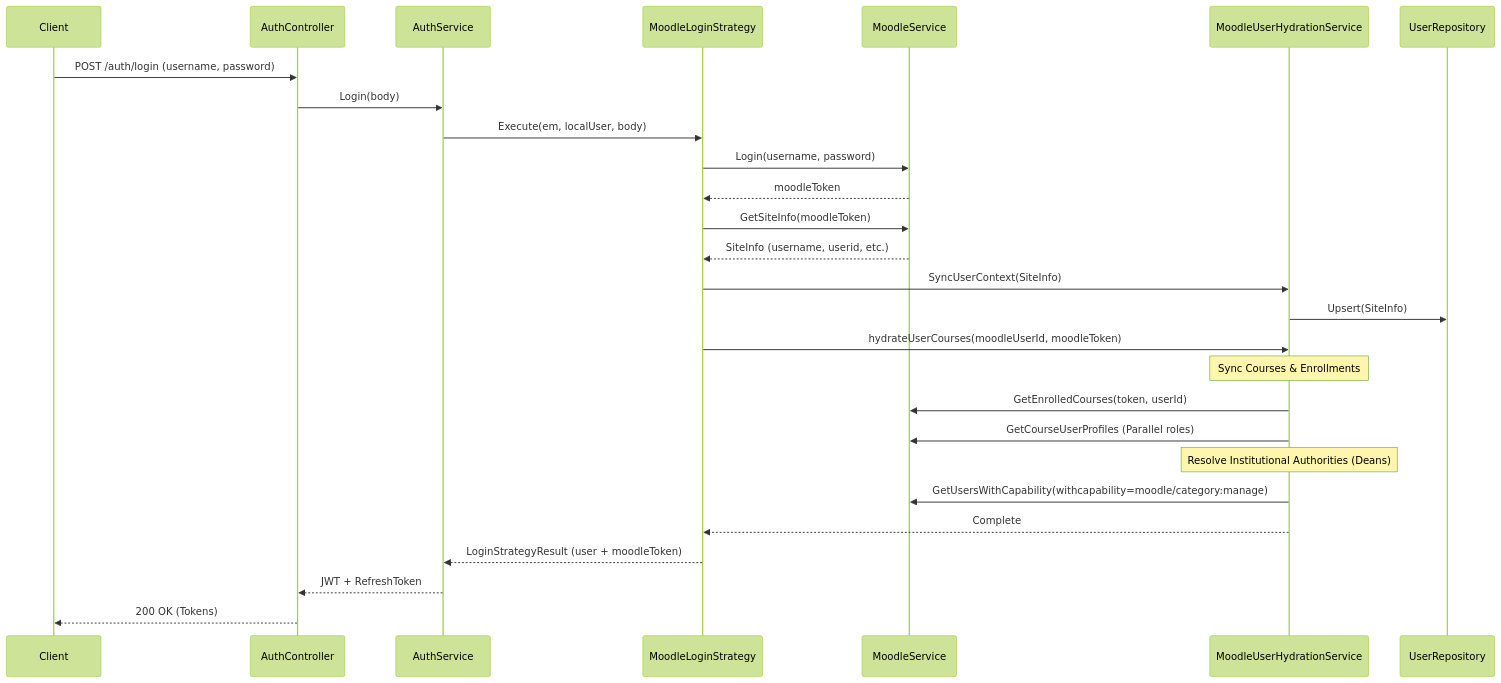
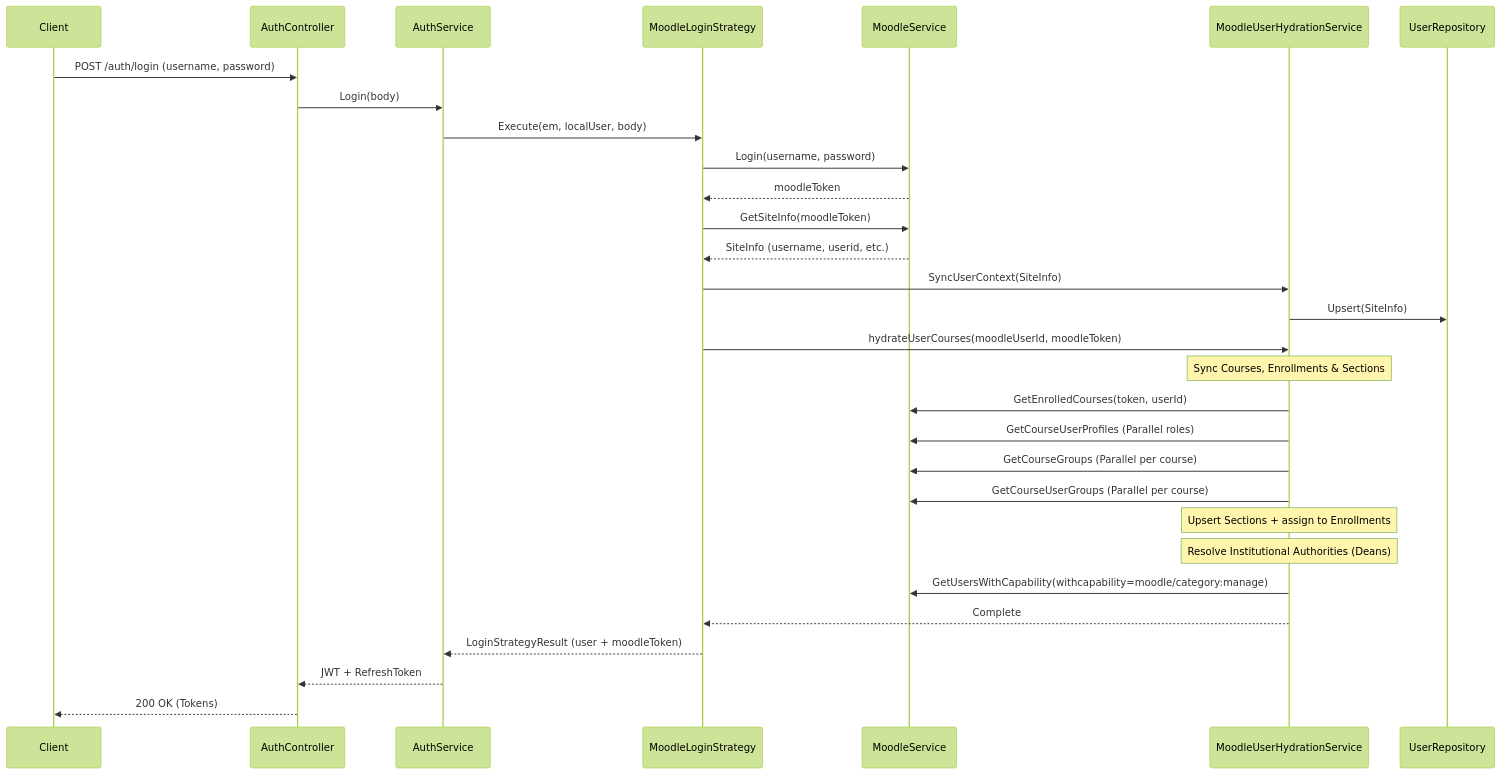
The second of 2 diagrams in docs/workflows/auth-hydration.md (CtrlAltElite-Devs/api.faculytics), drawn with Mermaid (forest theme) before and after one commit. The commit also changed 22 other files, not shown here.

First line of the commit message:
FAC-69 feat: integrate Moodle groups as institutional sections

````diff
--- a/docs/workflows/auth-hydration.md
+++ b/docs/workflows/auth-hydration.md
@@ -35,33 +35,37 @@
 ```mermaid
 sequenceDiagram
     participant Client
     participant AuthController
     participant AuthService
     participant MoodleLoginStrategy
     participant MoodleService
     participant MoodleUserHydrationService
     participant UserRepository
 
     Client->>AuthController: POST /auth/login (username, password)
     AuthController->>AuthService: Login(body)
     AuthService->>MoodleLoginStrategy: Execute(em, localUser, body)
     MoodleLoginStrategy->>MoodleService: Login(username, password)
     MoodleService-->>MoodleLoginStrategy: moodleToken
     MoodleLoginStrategy->>MoodleService: GetSiteInfo(moodleToken)
     MoodleService-->>MoodleLoginStrategy: SiteInfo (username, userid, etc.)
     MoodleLoginStrategy->>MoodleUserHydrationService: SyncUserContext(SiteInfo)
     MoodleUserHydrationService->>UserRepository: Upsert(SiteInfo)
     MoodleLoginStrategy->>MoodleUserHydrationService: hydrateUserCourses(moodleUserId, moodleToken)
 
-    Note over MoodleUserHydrationService: Sync Courses & Enrollments
+    Note over MoodleUserHydrationService: Sync Courses, Enrollments & Sections
     MoodleUserHydrationService->>MoodleService: GetEnrolledCourses(token, userId)
     MoodleUserHydrationService->>MoodleService: GetCourseUserProfiles (Parallel roles)
+    MoodleUserHydrationService->>MoodleService: GetCourseGroups (Parallel per course)
+    MoodleUserHydrationService->>MoodleService: GetCourseUserGroups (Parallel per course)
+
+    Note over MoodleUserHydrationService: Upsert Sections + assign to Enrollments
 
     Note over MoodleUserHydrationService: Resolve Institutional Authorities (Deans)
     MoodleUserHydrationService->>MoodleService: GetUsersWithCapability(withcapability=moodle/category:manage)
 
     MoodleUserHydrationService-->>MoodleLoginStrategy: Complete
     MoodleLoginStrategy-->>AuthService: LoginStrategyResult (user + moodleToken)
     AuthService-->>AuthController: JWT + RefreshToken
     AuthController-->>Client: 200 OK (Tokens)
 ```
````
